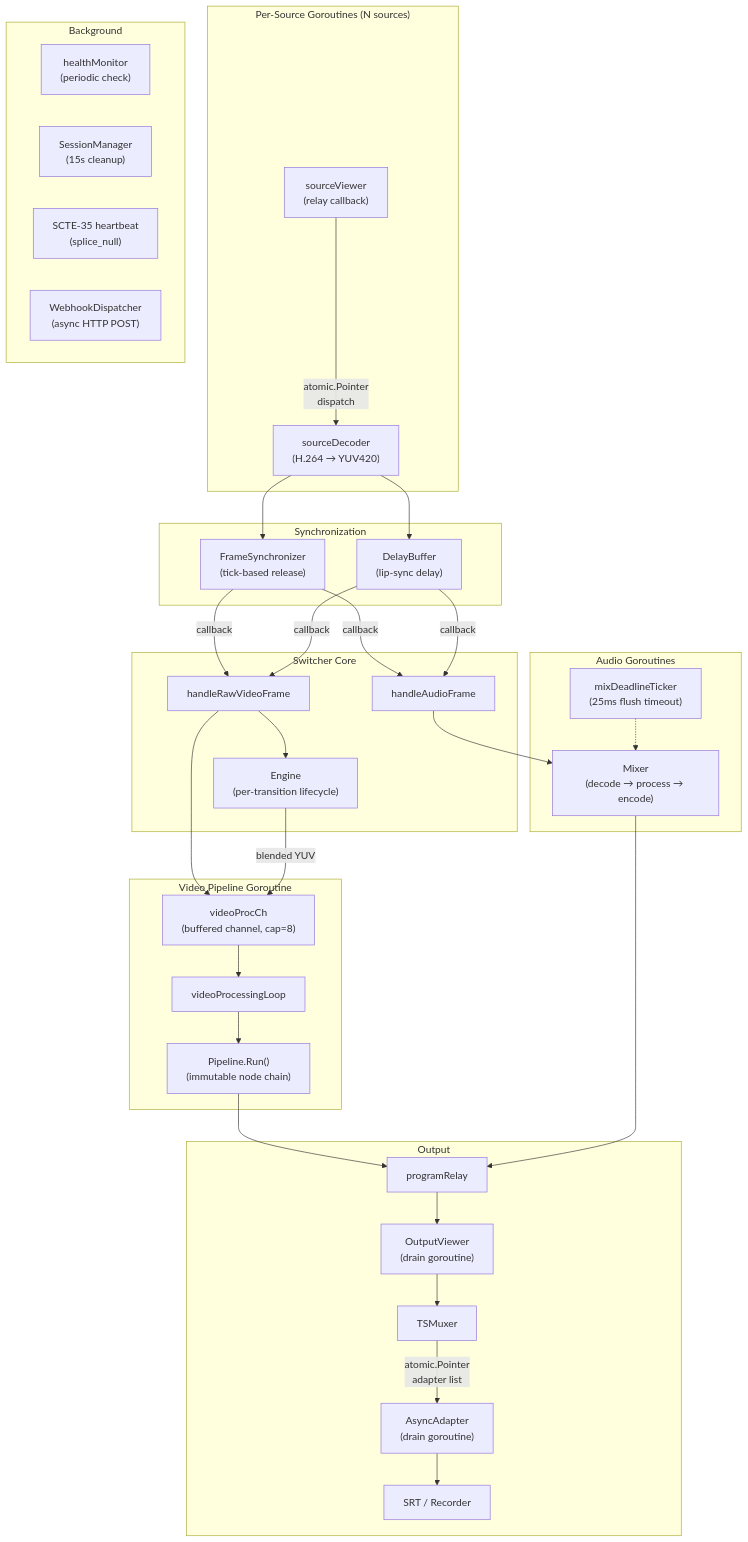
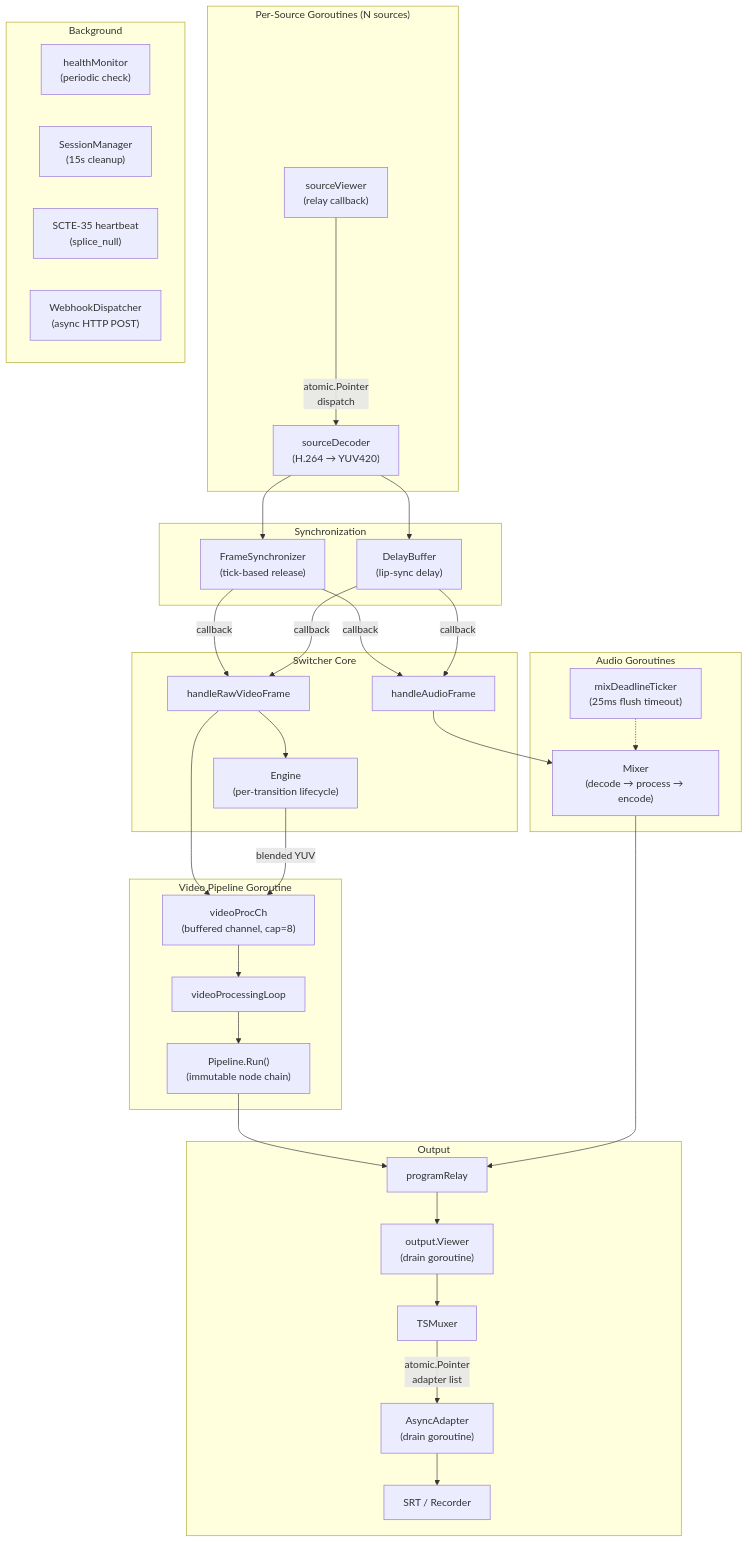
Before and after one commit to zsiec/switchframe: the first of 7 diagrams in docs/locking-and-concurrency.md, drawn with Mermaid. The commit also changed other lines of this file and 4 other files, not shown here.

````diff
--- a/docs/locking-and-concurrency.md
+++ b/docs/locking-and-concurrency.md
@@ -35,65 +35,65 @@
 ```mermaid
 flowchart TD
     subgraph sources ["Per-Source Goroutines (N sources)"]
         sv["sourceViewer<br/>(relay callback)"]
         sd["sourceDecoder<br/>(H.264 → YUV420)"]
         sv -->|"atomic.Pointer<br/>dispatch"| sd
     end
 
     subgraph sync ["Synchronization"]
         fs["FrameSynchronizer<br/>(tick-based release)"]
         db["DelayBuffer<br/>(lip-sync delay)"]
     end
 
     subgraph core ["Switcher Core"]
         hrvf["handleRawVideoFrame"]
         haf["handleAudioFrame"]
         te["Engine<br/>(per-transition lifecycle)"]
     end
 
     subgraph pipeline ["Video Pipeline Goroutine"]
         vpc["videoProcCh<br/>(buffered channel, cap=8)"]
         vpl["videoProcessingLoop"]
         pipe["Pipeline.Run()<br/>(immutable node chain)"]
     end
 
     subgraph audio ["Audio Goroutines"]
         mix["Mixer<br/>(decode → process → encode)"]
         tick["mixDeadlineTicker<br/>(25ms flush timeout)"]
     end
 
     subgraph output ["Output"]
         pr["programRelay"]
-        ov["OutputViewer<br/>(drain goroutine)"]
+        ov["output.Viewer<br/>(drain goroutine)"]
         mux["TSMuxer"]
         aa["AsyncAdapter<br/>(drain goroutine)"]
         srt["SRT / Recorder"]
     end
 
     subgraph bg ["Background"]
         hm["healthMonitor<br/>(periodic check)"]
         sm["SessionManager<br/>(15s cleanup)"]
         hb["SCTE-35 heartbeat<br/>(splice_null)"]
         wh["WebhookDispatcher<br/>(async HTTP POST)"]
     end
 
     sd --> fs
     sd --> db
     fs -->|callback| hrvf
     db -->|callback| hrvf
     fs -->|callback| haf
     db -->|callback| haf
     hrvf --> te
     hrvf --> vpc
     te -->|blended YUV| vpc
     vpc --> vpl
     vpl --> pipe
     pipe --> pr
     haf --> mix
     tick -.-> mix
     mix --> pr
     pr --> ov
     ov --> mux
     mux -->|"atomic.Pointer<br/>adapter list"| aa
     aa --> srt
 ```
````
